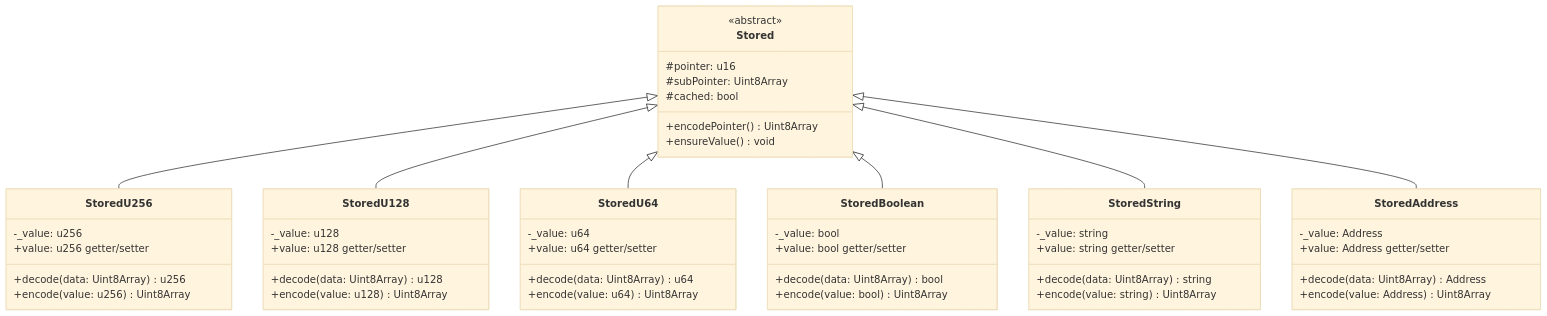
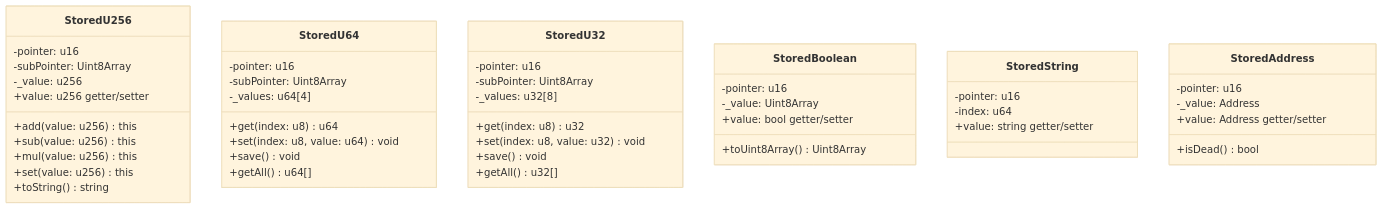
Before and after one commit to btc-vision/btc-runtime: the first of 4 diagrams in docs/storage/stored-primitives.md, drawn with Mermaid (base theme). The commit also changed other lines of this file and 30 other files, not shown here.

````diff
--- a/docs/storage/stored-primitives.md
+++ b/docs/storage/stored-primitives.md
@@ -38,60 +35,54 @@
 ```mermaid
 classDiagram
-    class Stored {
-        <<abstract>>
-        #pointer: u16
-        #subPointer: Uint8Array
-        #cached: bool
-        +encodePointer() Uint8Array
-        +ensureValue() void
-    }
-
     class StoredU256 {
+        -pointer: u16
+        -subPointer: Uint8Array
         -_value: u256
         +value: u256 getter/setter
-        +decode(data: Uint8Array) u256
-        +encode(value: u256) Uint8Array
-    }
-
-    class StoredU128 {
-        -_value: u128
-        +value: u128 getter/setter
-        +decode(data: Uint8Array) u128
-        +encode(value: u128) Uint8Array
+        +add(value: u256) this
+        +sub(value: u256) this
+        +mul(value: u256) this
+        +set(value: u256) this
+        +toString() string
     }
 
     class StoredU64 {
-        -_value: u64
-        +value: u64 getter/setter
-        +decode(data: Uint8Array) u64
-        +encode(value: u64) Uint8Array
+        -pointer: u16
+        -subPointer: Uint8Array
+        -_values: u64[4]
+        +get(index: u8) u64
+        +set(index: u8, value: u64) void
+        +save() void
+        +getAll() u64[]
+    }
+
+    class StoredU32 {
+        -pointer: u16
+        -subPointer: Uint8Array
+        -_values: u32[8]
+        +get(index: u8) u32
+        +set(index: u8, value: u32) void
+        +save() void
+        +getAll() u32[]
     }
 
     class StoredBoolean {
-        -_value: bool
+        -pointer: u16
+        -_value: Uint8Array
         +value: bool getter/setter
-        +decode(data: Uint8Array) bool
-        +encode(value: bool) Uint8Array
+        +toUint8Array() Uint8Array
     }
 
     class StoredString {
-        -_value: string
+        -pointer: u16
+        -index: u64
         +value: string getter/setter
-        +decode(data: Uint8Array) string
-        +encode(value: string) Uint8Array
     }
 
     class StoredAddress {
+        -pointer: u16
         -_value: Address
         +value: Address getter/setter
-        +decode(data: Uint8Array) Address
-        +encode(value: Address) Uint8Array
+        +isDead() bool
     }
-
-    Stored <|-- StoredU256
-    Stored <|-- StoredU128
-    Stored <|-- StoredU64
-    Stored <|-- StoredBoolean
-    Stored <|-- StoredString
-    Stored <|-- StoredAddress
 ```
````
